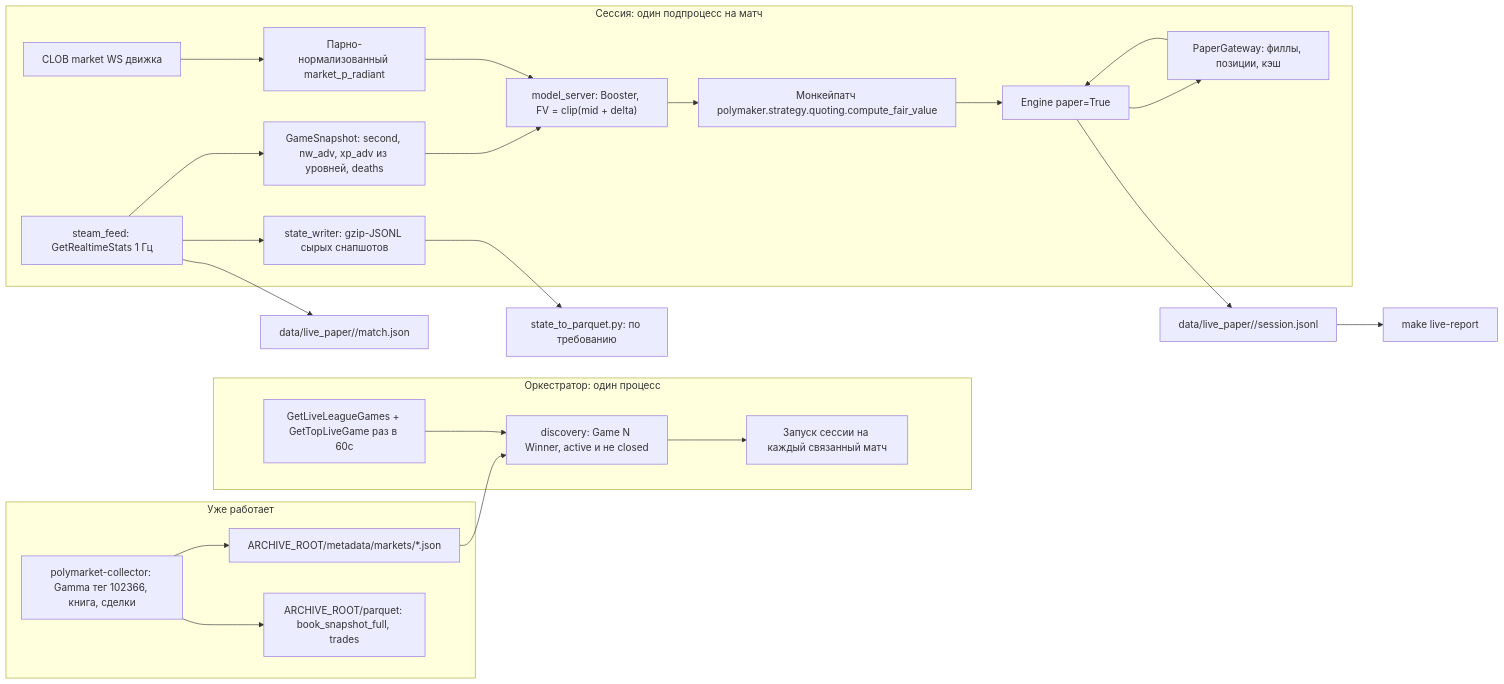
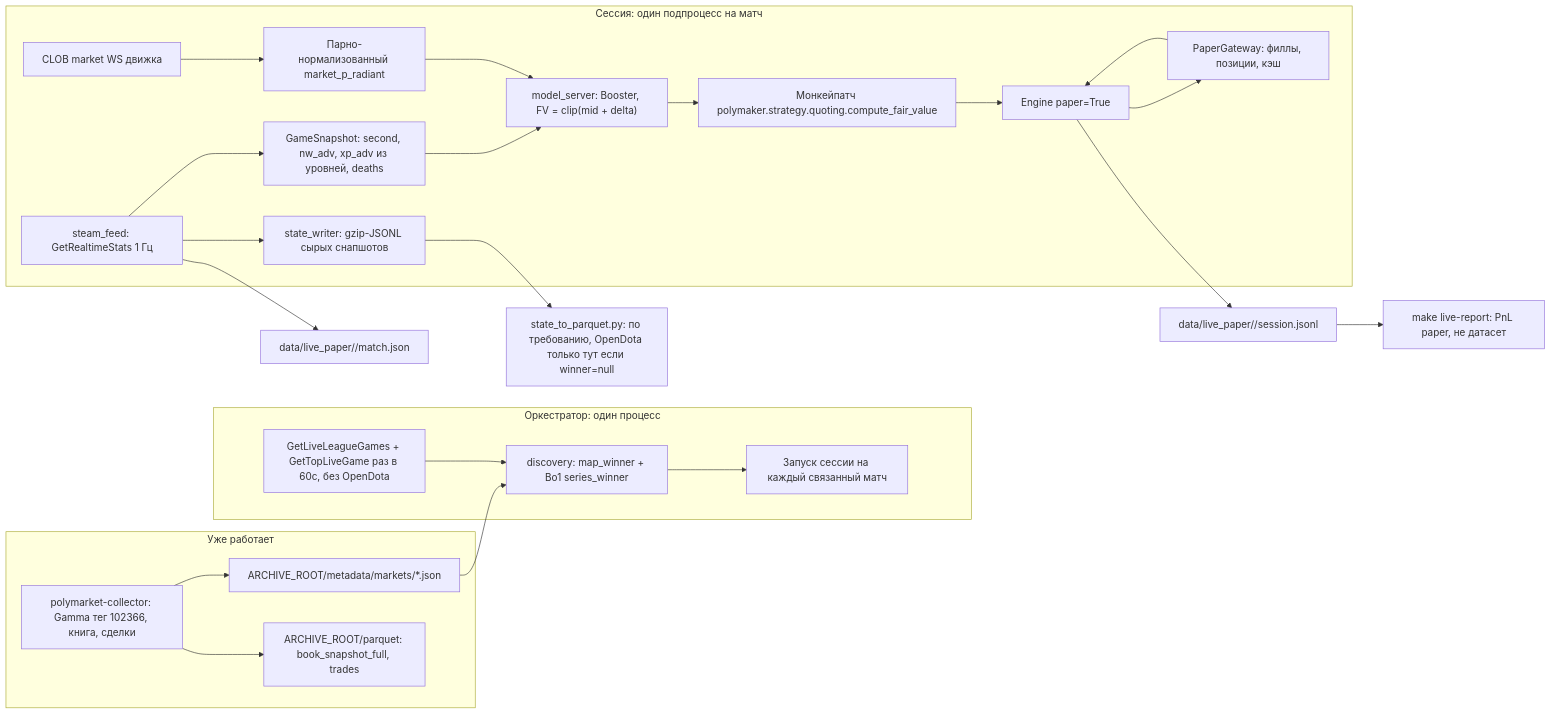
One commit to Dimabytes/betting_workspace changed the diagram in .cursor/plans/dota_live_paper_trading_97c73d9d.plan.md. Above: the diagram before and after it, drawn with Mermaid. The commit also changed other lines of this file, not shown here.

````diff
--- a/.cursor/plans/dota_live_paper_trading_97c73d9d.plan.md
+++ b/.cursor/plans/dota_live_paper_trading_97c73d9d.plan.md
@@ -99,27 +108,27 @@
 ```mermaid
 flowchart LR
   subgraph vps [Уже работает]
     coll["polymarket-collector: Gamma тег 102366, книга, сделки"] --> meta["ARCHIVE_ROOT/metadata/markets/*.json"]
     coll --> pq["ARCHIVE_ROOT/parquet: book_snapshot_full, trades"]
   end
   subgraph orch [Оркестратор: один процесс]
-    meta --> disc["discovery: Game N Winner, active и не closed"]
-    steam["GetLiveLeagueGames + GetTopLiveGame раз в 60с"] --> disc
+    meta --> disc["discovery: map_winner + Bo1 series_winner"]
+    steam["GetLiveLeagueGames + GetTopLiveGame раз в 60с, без OpenDota"] --> disc
     disc --> spawn["Запуск сессии на каждый связанный матч"]
   end
   subgraph sess [Сессия: один подпроцесс на матч]
     feed["steam_feed: GetRealtimeStats 1 Гц"] --> raw["state_writer: gzip-JSONL сырых снапшотов"]
     feed --> snap["GameSnapshot: second, nw_adv, xp_adv из уровней, deaths"]
     snap --> model["model_server: Booster, FV = clip(mid + delta)"]
     book["CLOB market WS движка"] --> mid["Парно-нормализованный market_p_radiant"]
     mid --> model
     model --> patch["Монкейпатч polymaker.strategy.quoting.compute_fair_value"]
     patch --> eng["Engine paper=True"]
     eng --> gw["PaperGateway: филлы, позиции, кэш"]
     gw --> eng
   end
-  raw --> conv["state_to_parquet.py: по требованию"]
+  raw --> conv["state_to_parquet.py: по требованию, OpenDota только тут если winner=null"]
   eng --> jsonl["data/live_paper/<match_id>/session.jsonl"]
   feed --> mj["data/live_paper/<match_id>/match.json"]
-  jsonl --> report["make live-report"]
+  jsonl --> report["make live-report: PnL paper, не датасет"]
 ```
````
